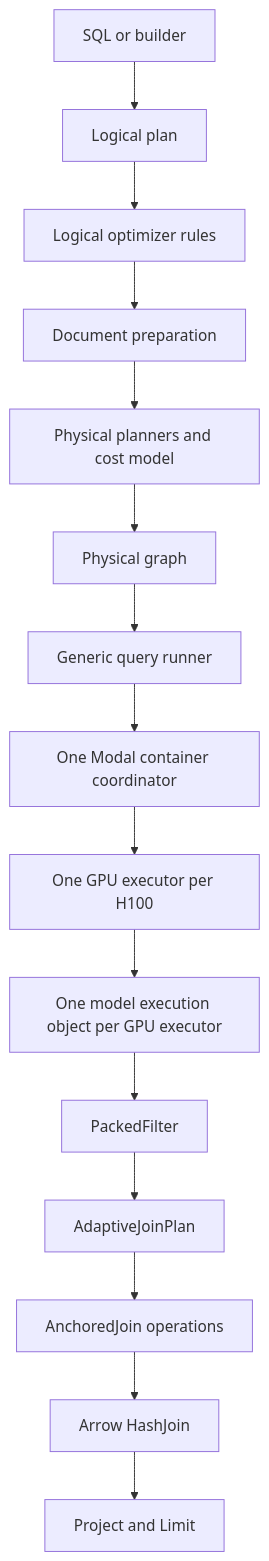
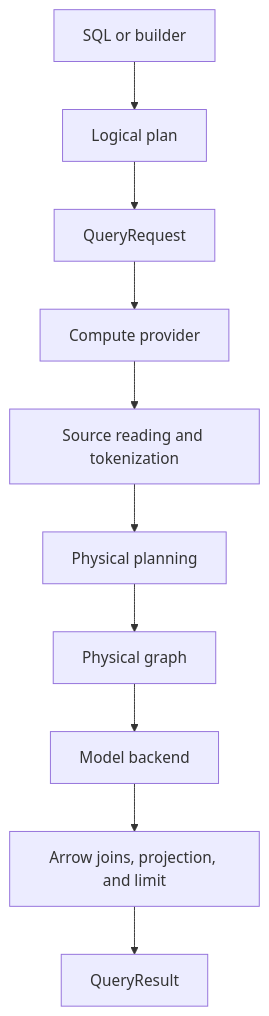
The diagram in plans/extensible_engine.md (fsdatalab/quail), drawn with Mermaid before and after one commit. The commit also changed other lines of this file and 96 other files, not shown here.

````diff
--- a/plans/extensible_engine.md
+++ b/plans/extensible_engine.md
@@ -152,17 +81,12 @@
 ```mermaid
 flowchart TD
     A[SQL or builder] --> B[Logical plan]
-    B --> C[Logical optimizer rules]
-    C --> D[Document preparation]
-    D --> E[Physical planners and cost model]
-    E --> F[Physical graph]
-    F --> G[Generic query runner]
-    G --> H[One Modal container coordinator]
-    H --> N[One GPU executor per H100]
-    N --> O[One model execution object per GPU executor]
-    O --> I[PackedFilter]
-    I --> J[AdaptiveJoinPlan]
-    J --> K[AnchoredJoin operations]
-    K --> L[Arrow HashJoin]
-    L --> M[Project and Limit]
+    B --> C[QueryRequest]
+    C --> D[Compute provider]
+    D --> E[Source reading and tokenization]
+    E --> F[Physical planning]
+    F --> G[Physical graph]
+    G --> H[Model backend]
+    H --> I[Arrow joins, projection, and limit]
+    I --> J[QueryResult]
 ```
````
